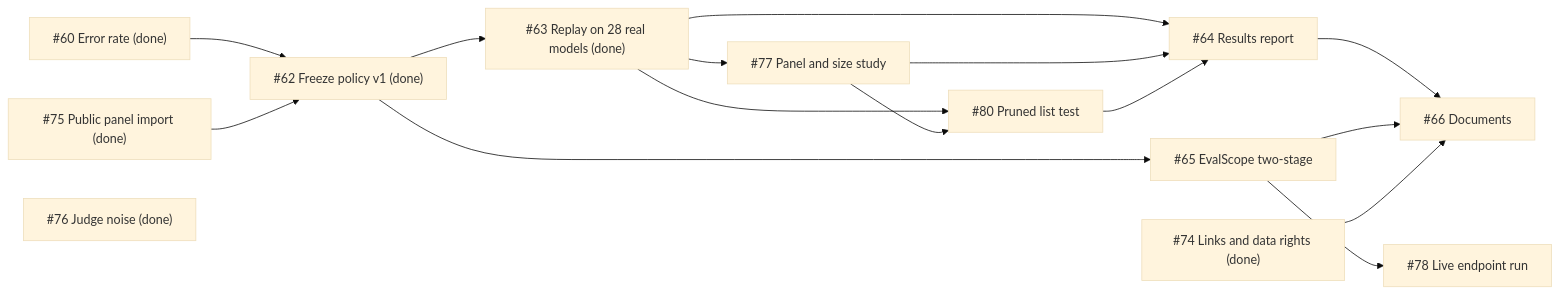
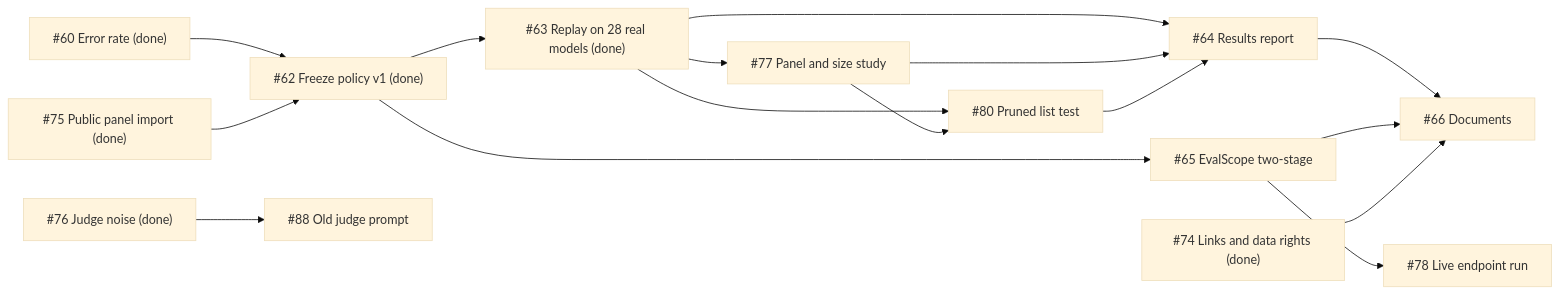
Before and after one commit to sdv1708/ai-model-benchmark: the third of 3 diagrams in README.md, drawn with Mermaid (base theme). The commit also changed other lines of this file and 1 other file, not shown here.

First line of the commit message:
State the likely cause of the AA-LCR judge shift (#76)

````diff
--- a/README.md
+++ b/README.md
@@ -708,18 +709,18 @@
 ```mermaid
 flowchart LR
     I60["#60 Error rate (done)"] --> I62["#62 Freeze policy v1 (done)"]
     I75["#75 Public panel import (done)"] --> I62
     I62 --> I63["#63 Replay on 28 real models (done)"]
     I62 --> I65["#65 EvalScope two-stage"]
     I63 --> I77["#77 Panel and size study"]
     I63 --> I80["#80 Pruned list test"]
     I77 --> I80
     I65 --> I78["#78 Live endpoint run"]
     I63 --> I64["#64 Results report"]
     I77 --> I64
     I80 --> I64
     I64 --> I66["#66 Documents"]
     I65 --> I66
     I74["#74 Links and data rights (done)"] --> I66
-    I76["#76 Judge noise (done)"]
+    I76["#76 Judge noise (done)"] --> I88["#88 Old judge prompt"]
 ```
````
